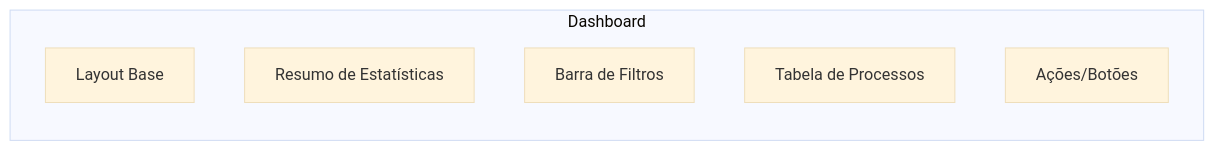
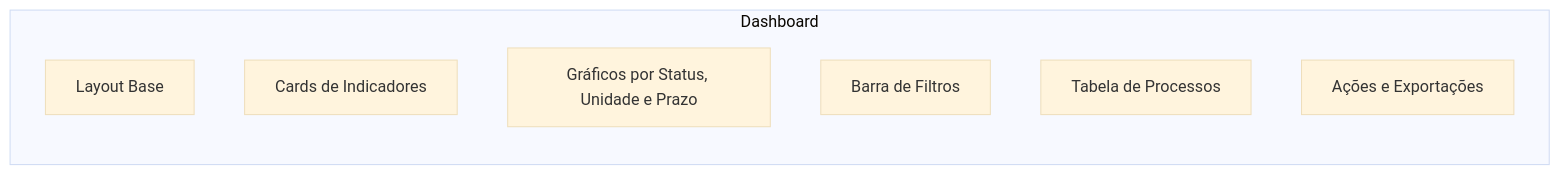
One commit to GestaoSEI/gestao-sei-frontend changed the second of 2 diagrams in ARQUITETURA.md. Above: the diagram before and after it, drawn with Mermaid (base theme). The commit also changed other lines of this file, not shown here.

````diff
--- a/ARQUITETURA.md
+++ b/ARQUITETURA.md
@@ -47,10 +50,11 @@
 ```mermaid
 graph BT
     subgraph Dashboard
         A[Layout Base]
-        B[Resumo de Estatísticas]
-        C[Barra de Filtros]
-        D[Tabela de Processos]
-        E[Ações/Botões]
+        B[Cards de Indicadores]
+        C[Gráficos por Status, Unidade e Prazo]
+        D[Barra de Filtros]
+        E[Tabela de Processos]
+        F[Ações e Exportações]
     end
 ```
````
